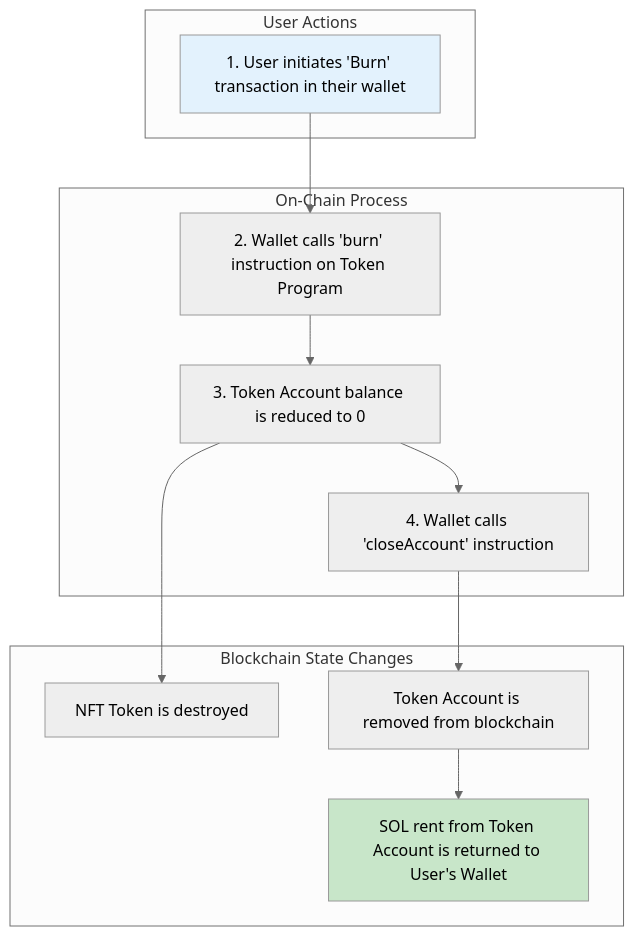
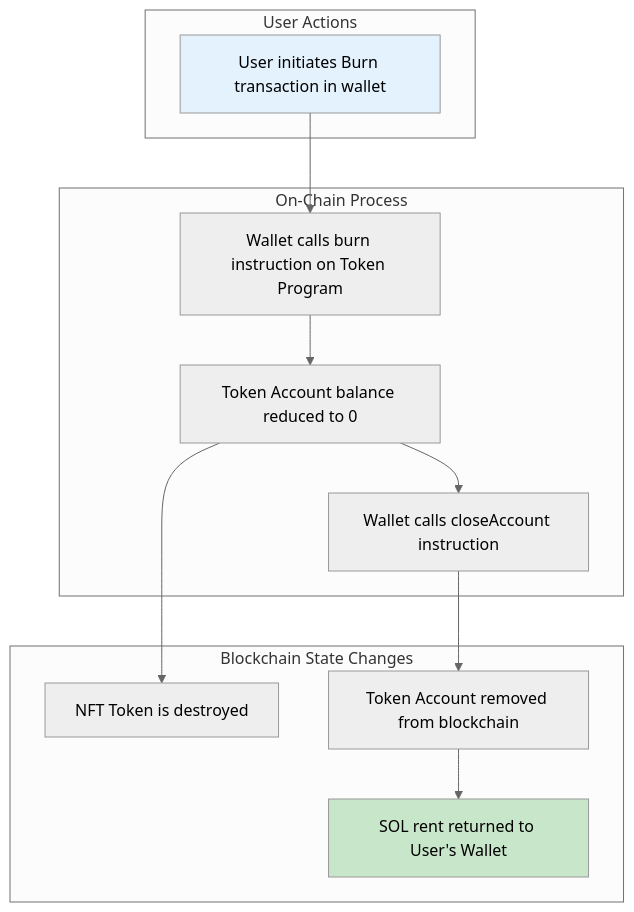
Before and after one commit to ljg-cqu/aiw3-nft-solana: the fifth of 5 diagrams in docs/AIW3 NFT Ecosystem Integration: Decentralized Level Storage and Authenticity Verification.md, drawn with Mermaid (neutral theme). The commit also changed other lines of this file, not shown here.

First line of the commit message:
Enhances NFT documentation with detailed usage flows

````diff
--- a/docs/AIW3 NFT Ecosystem Integration: Decentralized Level Storage and Authenticity Verification.md
+++ b/docs/AIW3 NFT Ecosystem Integration: Decentralized Level Storage and Authenticity Verification.md
@@ -353,28 +353,28 @@
 ```mermaid
 flowchart TD
     subgraph "User Actions"
-        A["1. User initiates 'Burn' transaction in their wallet"]
+        A["User initiates Burn transaction in wallet"]
     end
 
     subgraph "On-Chain Process"
-        B["2. Wallet calls 'burn' instruction on Token Program"]
-        C["3. Token Account balance is reduced to 0"]
-        D["4. Wallet calls 'closeAccount' instruction"]
+        B["Wallet calls burn instruction on Token Program"]
+        C["Token Account balance reduced to 0"]
+        D["Wallet calls closeAccount instruction"]
     end
 
     subgraph "Blockchain State Changes"
         E["NFT Token is destroyed"]
-        F["Token Account is removed from blockchain"]
-        G["SOL rent from Token Account is returned to User's Wallet"]
+        F["Token Account removed from blockchain"]
+        G["SOL rent returned to User's Wallet"]
     end
     
     A --> B
     B --> C
     C --> E
     C --> D
     D --> F
     F --> G
 
     style A fill:#e3f2fd
     style G fill:#c8e6c9
 ```
````
